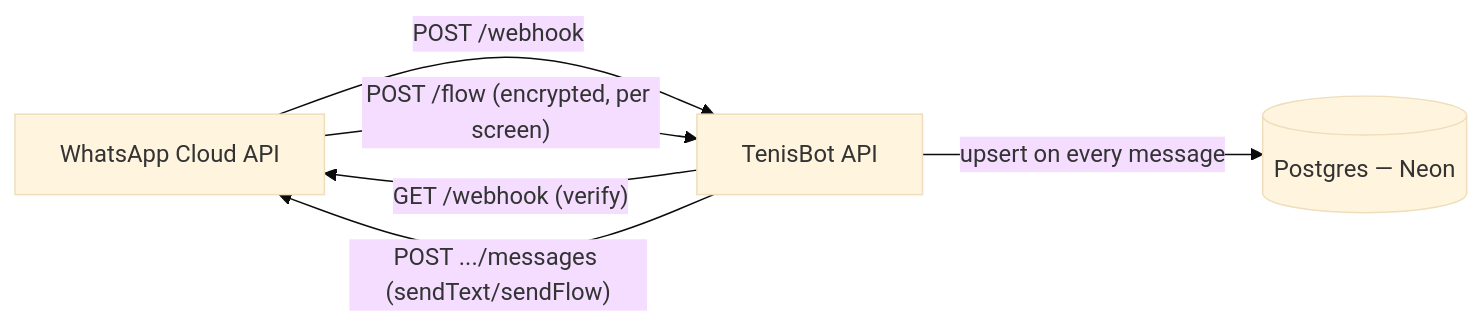
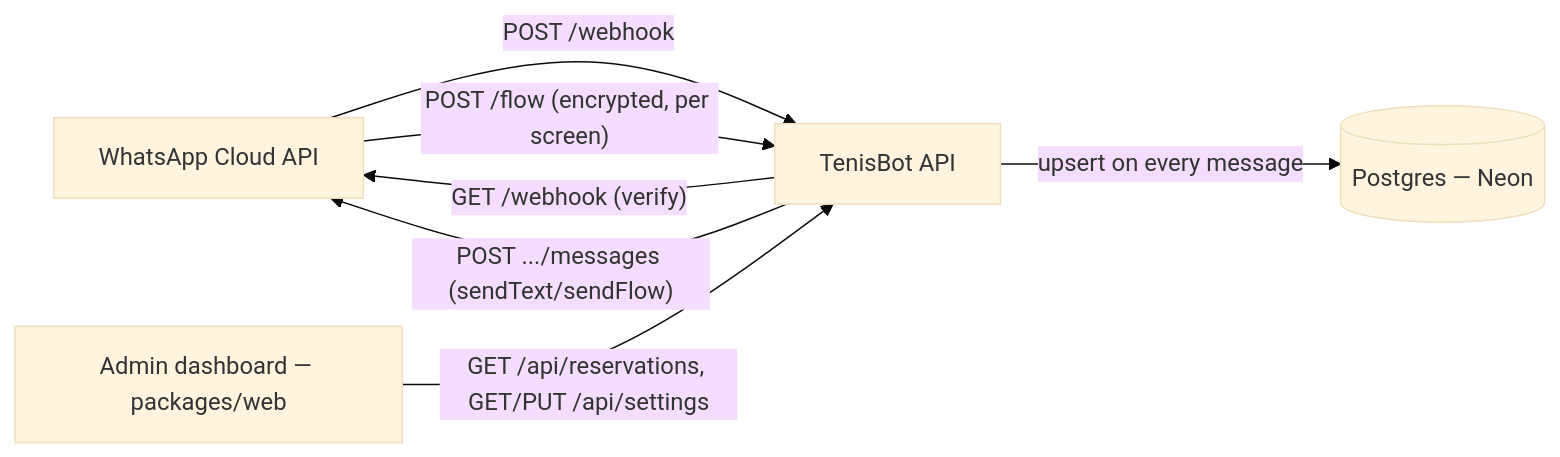
The diagram in docs/app/architecture.md (jluncashu/tennis-bot), drawn with Mermaid (base theme) before and after one commit. The commit also changed other lines of this file and 39 other files, not shown here.

First line of the commit message:
TI-0007: Add admin dashboard with login, Reservations calendar, and Settings

````diff
--- a/docs/app/architecture.md
+++ b/docs/app/architecture.md
@@ -12,8 +12,9 @@
 ```mermaid
 graph LR
   WA[WhatsApp Cloud API] -- "POST /webhook" --> API[TenisBot API]
   API -- "GET /webhook (verify)" --> WA
   API -- "POST .../messages (sendText/sendFlow)" --> WA
   WA -- "POST /flow (encrypted, per screen)" --> API
   API -- "upsert on every message" --> DB[(Postgres — Neon)]
+  WEB[Admin dashboard — packages/web] -- "GET /api/reservations, GET/PUT /api/settings" --> API
 ```
````
